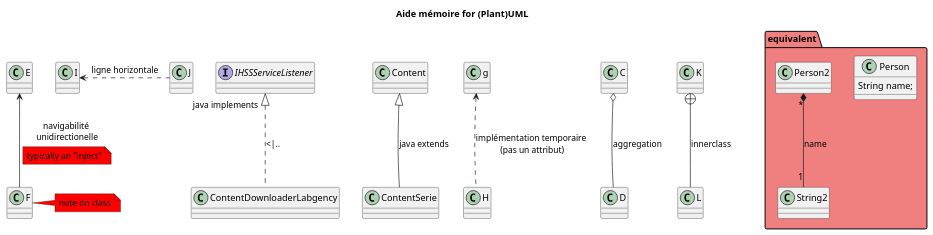
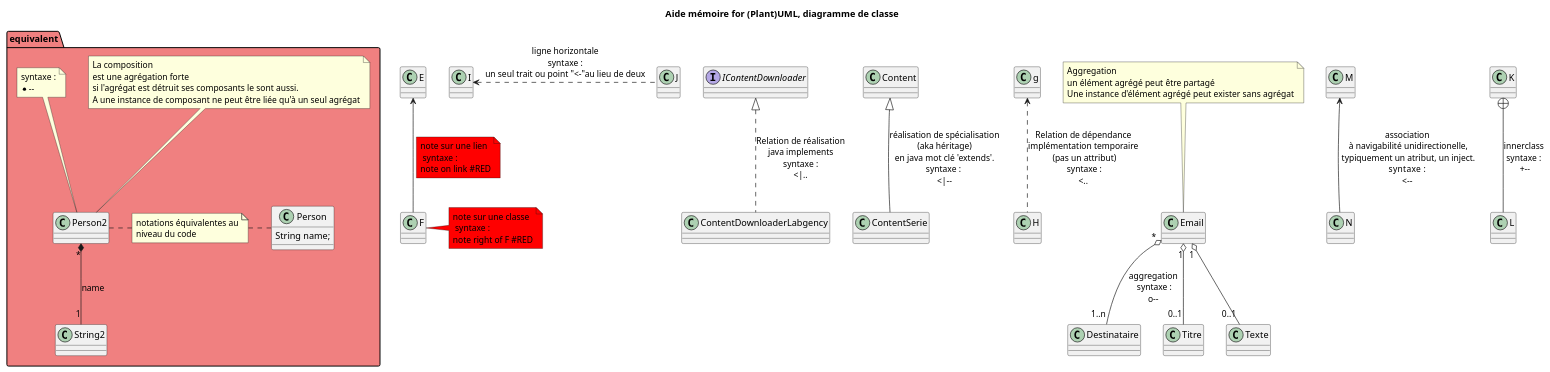
The diagram in app/memoUML.iuml (nbossard/packlist), drawn with PlantUML before and after one commit. The commit also changed 5 other files, not shown here.

Commit message:
Improving plantuml schema

```diff
--- a/app/memoUML.iuml
+++ b/app/memoUML.iuml
@@ -1,33 +1,45 @@
 @startuml
 
-    title Aide mémoire for (Plant)UML
+    title Aide mémoire for (Plant)UML, diagramme de classe
 
-    interface IHSSServiceListener
+    interface IContentDownloader
 
-    Content <|-- ContentSerie : "java extends"
-    IHSSServiceListener <|.. ContentDownloaderLabgency : "java implements" <|..
-    g <.. H : implémentation temporaire\n (pas un attribut)
+    Content <|-- ContentSerie : réalisation de spécialisation\n(aka héritage)\nen java mot clé 'extends'.\nsyntaxe : \n<|--
+    IContentDownloader <|.. ContentDownloaderLabgency : Relation de réalisation\njava implements\nsyntaxe :\n<|..
+    g <.. H : Relation de dépendance\nimplémentation temporaire\n (pas un attribut)\n syntaxe :\n<..
 
     ' commentaire, nom des couleurs http://www.w3schools.com/HTML/html_colornames.asp
     Package equivalent #LightCoral {
         Class Person {
             String name;
         }
         Person2 "*" *-- "1" String2 : name
+        Note top of Person2:  La composition\nest une agrégation forte\nsi l'agrégat est détruit ses composants le sont aussi.\nA une instance de composant ne peut être liée qu'à un seul agrégat
+        Note top of Person2:  syntaxe :\n*--
+
+        note "notations équivalentes au\nniveau du code" as equivalent
+        Person2 . equivalent
+        equivalent . Person
     }
 
-    C o-- D : aggregation
+    Email "*" o-- "1..n" Destinataire : aggregation\n syntaxe :\no--
+    Email "1" o-- "0..1" Titre
+    Email "1" o-- "0..1" Texte
+    Note top of Email : Aggregation\nun élément agrégé peut être partagé\nUne instance d'élément agrégé peut exister sans agrégat
 
-    E <-- F : navigabilité \nunidirectionelle
-    note on link #red: typically an "inject"
-    note right of F #RED : note on class
+    M <-- N : association\n à navigabilité unidirectionelle,\n typiquement un atribut, un inject.\n syntaxe  : \n<--
 
-    K +-- L : innerclass
 
-    I<.J : ligne horizontale
+    E <-- F
+    note on link #red: note sur une lien\n syntaxe : \nnote on link #RED
+    note right of F #RED : note sur une classe\n syntaxe : \nnote right of F #RED
+
+    K +-- L : innerclass\nsyntaxe :\n +--
+
+    I<.J : ligne horizontale\n syntaxe : \nun seul trait ou point "<-"au lieu de deux
 
     ' ---- Hide a class : ----
     class Z
     hide Z
 
 @enduml
```
